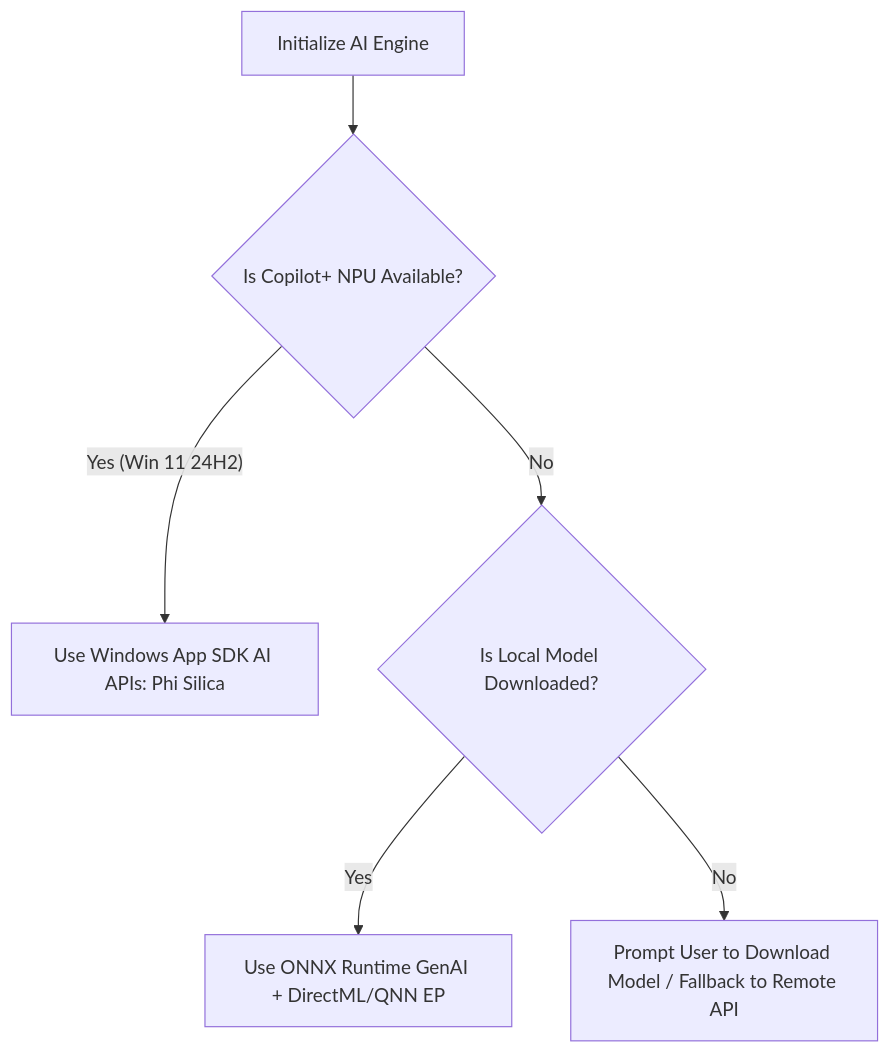
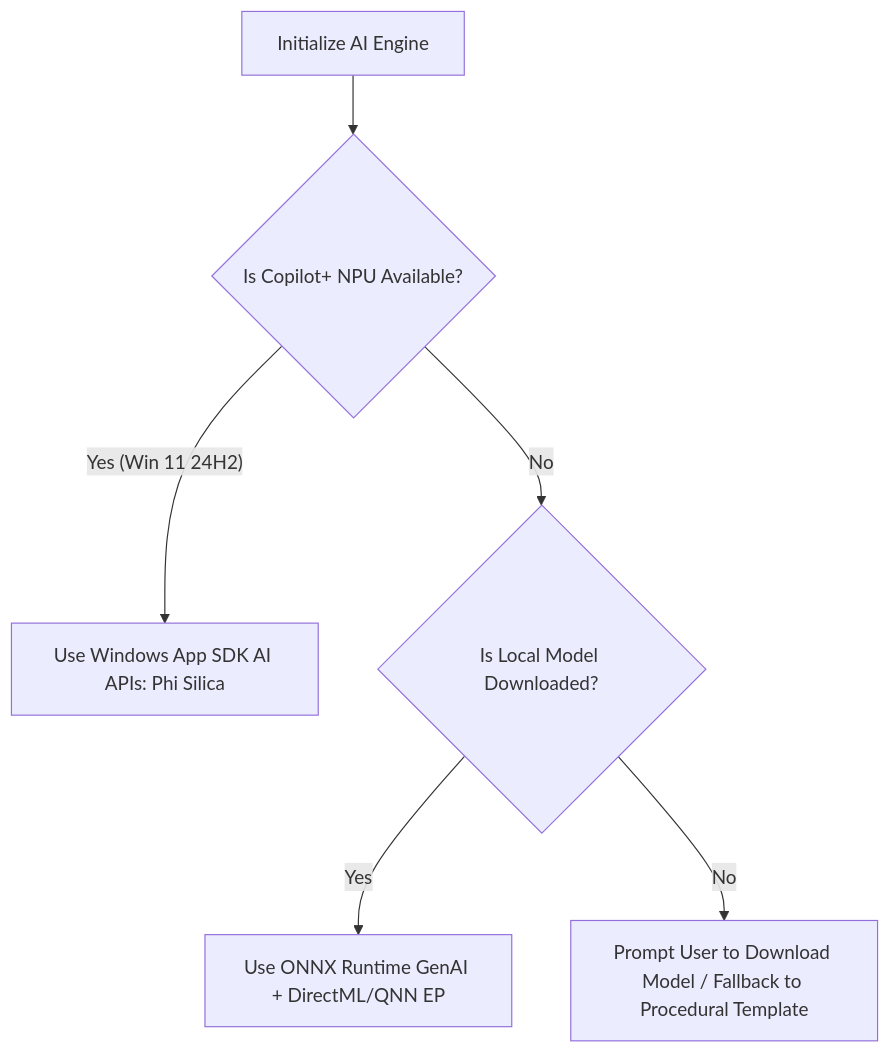
One commit to intellidream/Daily changed the diagram in Docs/Features/Smart/Brief.md. Above: the diagram before and after it, drawn with Mermaid. The commit also changed other lines of this file and 13 other files, not shown here.

````diff
--- a/Docs/Features/Smart/Brief.md
+++ b/Docs/Features/Smart/Brief.md
@@ -49,8 +49,8 @@
 ```mermaid
 graph TD
     A["Initialize AI Engine"] --> B{"Is Copilot+ NPU Available?"}
     B -- "Yes (Win 11 24H2)" --> C["Use Windows App SDK AI APIs: Phi Silica"]
     B -- "No" --> D{"Is Local Model Downloaded?"}
     D -- "Yes" --> E["Use ONNX Runtime GenAI + DirectML/QNN EP"]
-    D -- "No" --> F["Prompt User to Download Model / Fallback to Remote API"]
+    D -- "No" --> F["Prompt User to Download Model / Fallback to Procedural Template"]
 ```
````
